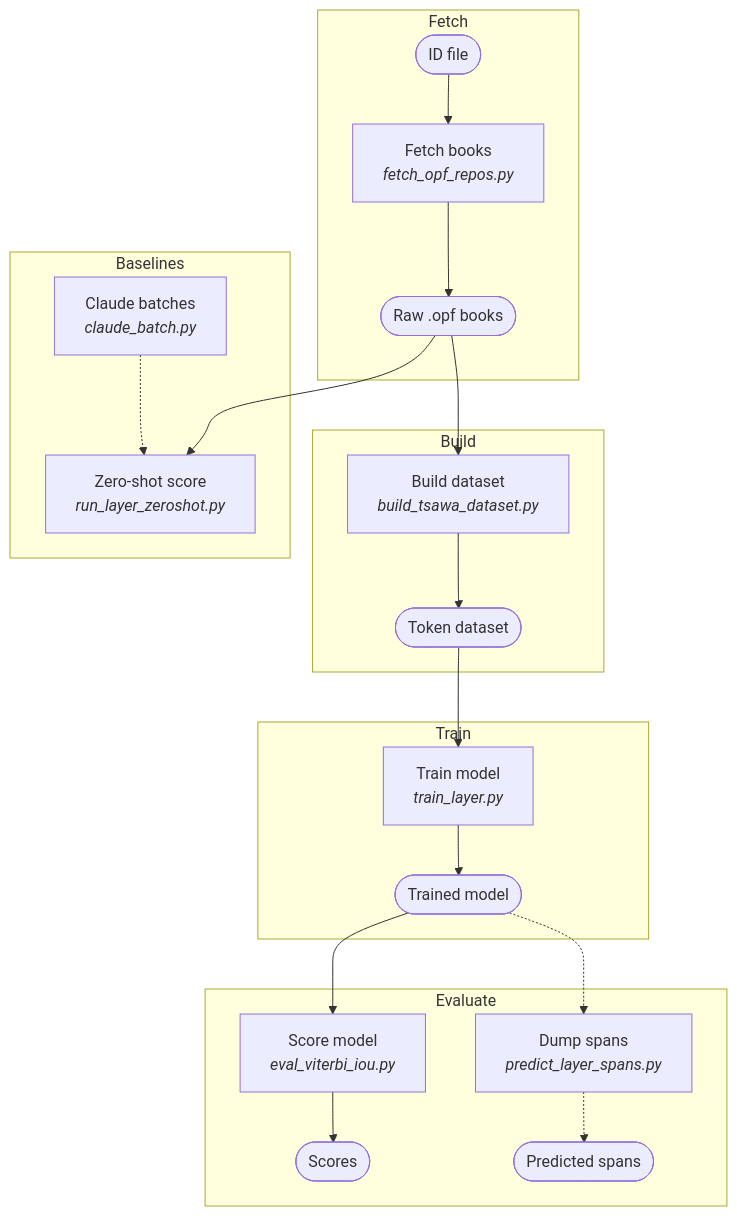
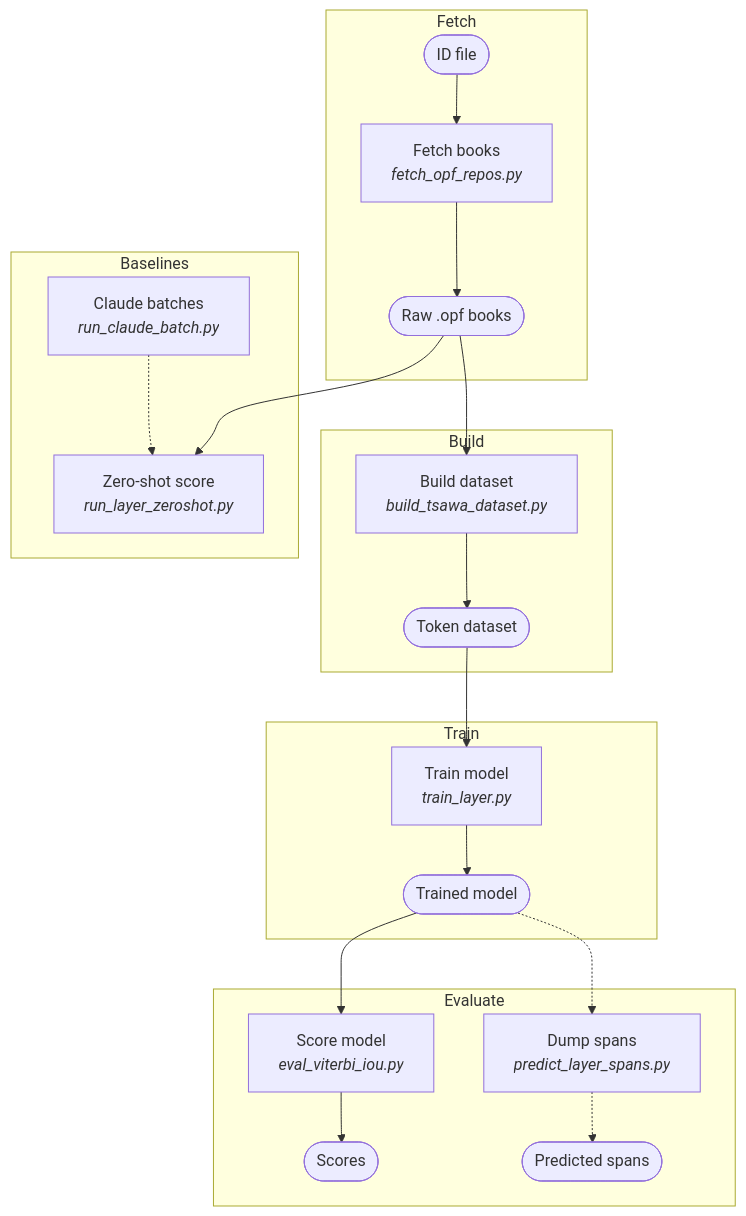
One commit to tenzinyonten/tibetan-layer-detection changed the diagram in common/README.md. Above: the diagram before and after it, drawn with Mermaid. The commit also changed other lines of this file and 161 other files, not shown here.

````diff
--- a/common/README.md
+++ b/common/README.md
@@ -20,25 +20,25 @@
 ```mermaid
 flowchart TD
   subgraph FETCH["Fetch"]
     F0(["ID file"]) --> S1["Fetch books<br/><i>fetch_opf_repos.py</i>"]
     S1 --> F1(["Raw .opf books"])
   end
   subgraph BUILD["Build"]
     S2["Build dataset<br/><i>build_tsawa_dataset.py</i>"] --> F2(["Token dataset"])
   end
   subgraph TRAIN["Train"]
     S3["Train model<br/><i>train_layer.py</i>"] --> F3(["Trained model"])
   end
   subgraph EVAL["Evaluate"]
     S4["Score model<br/><i>eval_viterbi_iou.py</i>"] --> F4(["Scores"])
     S5["Dump spans<br/><i>predict_layer_spans.py</i>"] -.-> F5(["Predicted spans"])
   end
   subgraph BASE["Baselines"]
-    S7["Claude batches<br/><i>claude_batch.py</i>"] -.-> S6["Zero-shot score<br/><i>run_layer_zeroshot.py</i>"]
+    S7["Claude batches<br/><i>run_claude_batch.py</i>"] -.-> S6["Zero-shot score<br/><i>run_layer_zeroshot.py</i>"]
   end
   F1 --> S2
   F2 --> S3
   F3 --> S4
   F3 -.-> S5
   F1 --> S6
 ```
````
